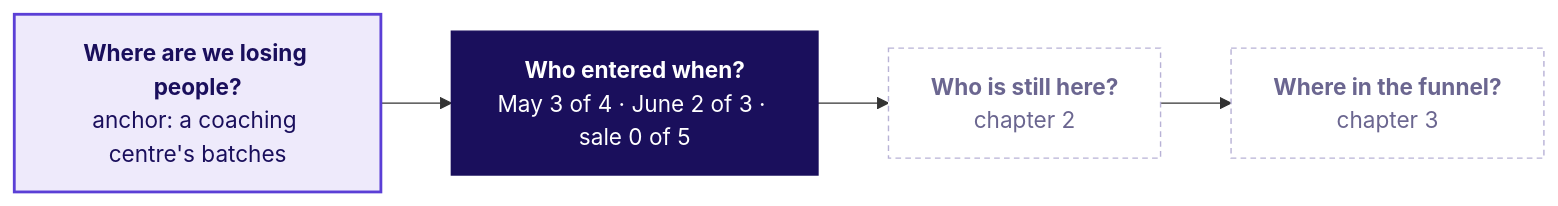
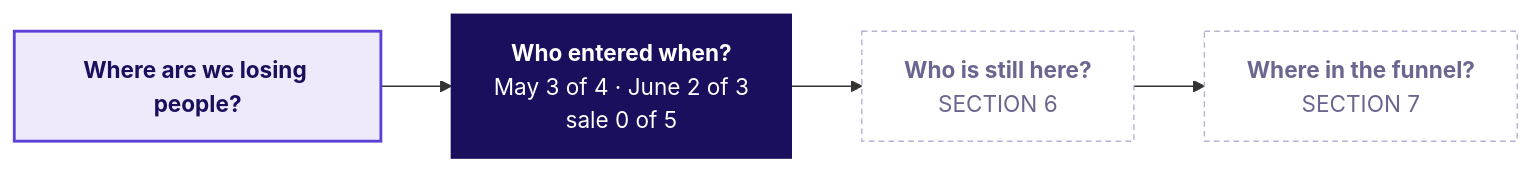
Before and after one commit to fde-academy-lab/c2-content-factory: the tenth of 13 diagrams in content/W04/D4/slides/C2_W04_D04_half1_STUDENT.md, drawn with Mermaid. The commit also changed other lines of this file and 11 other files, not shown here.

````diff
--- a/content/W04/D4/slides/C2_W04_D04_half1_STUDENT.md
+++ b/content/W04/D4/slides/C2_W04_D04_half1_STUDENT.md
@@ -348,12 +1050,12 @@
 ```mermaid
 flowchart LR
-    A["<b>Where are we losing people?</b><br/>anchor: a coaching centre's batches"] --> Q1["<b>Who entered when?</b><br/>May 3 of 4 · June 2 of 3 · sale 0 of 5"]
-    Q1 --> Q2["<b>Who is still here?</b><br/>chapter 2"]
-    Q2 --> Q3["<b>Where in the funnel?</b><br/>chapter 3"]
+    A["<b>Where are we losing people?</b>"] --> Q1["<b>Who entered when?</b><br/>May 3 of 4 · June 2 of 3<br/>sale 0 of 5"]
+    Q1 --> Q2["<b>Who is still here?</b><br/>SECTION 6"]
+    Q2 --> Q3["<b>Where in the funnel?</b><br/>SECTION 7"]
     classDef lit fill:#1A0F5C,stroke:#1A0F5C,color:#FFFFFF
     classDef known fill:#EEEAFB,stroke:#5B3FD6,color:#1A0F5C,stroke-width:2px
     classDef unknown fill:#FFFFFF,stroke:#B8B2D6,color:#6B6690,stroke-dasharray:4 3
     class A known
     class Q1 lit
     class Q2,Q3 unknown
 ```
````
